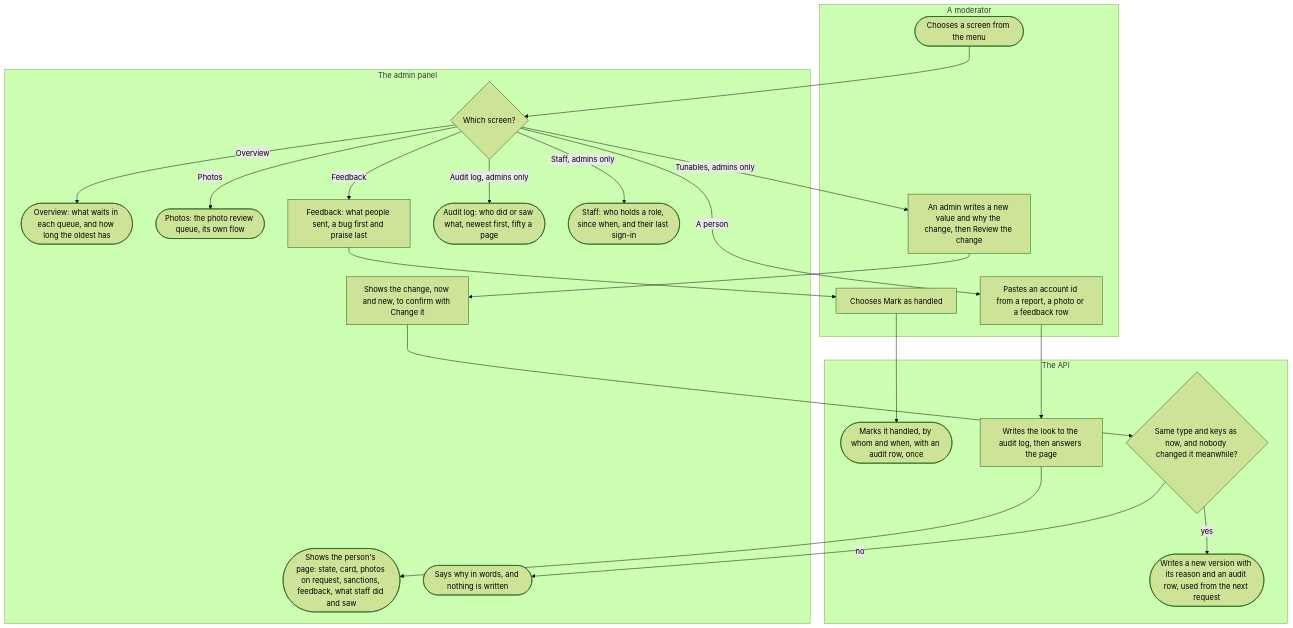
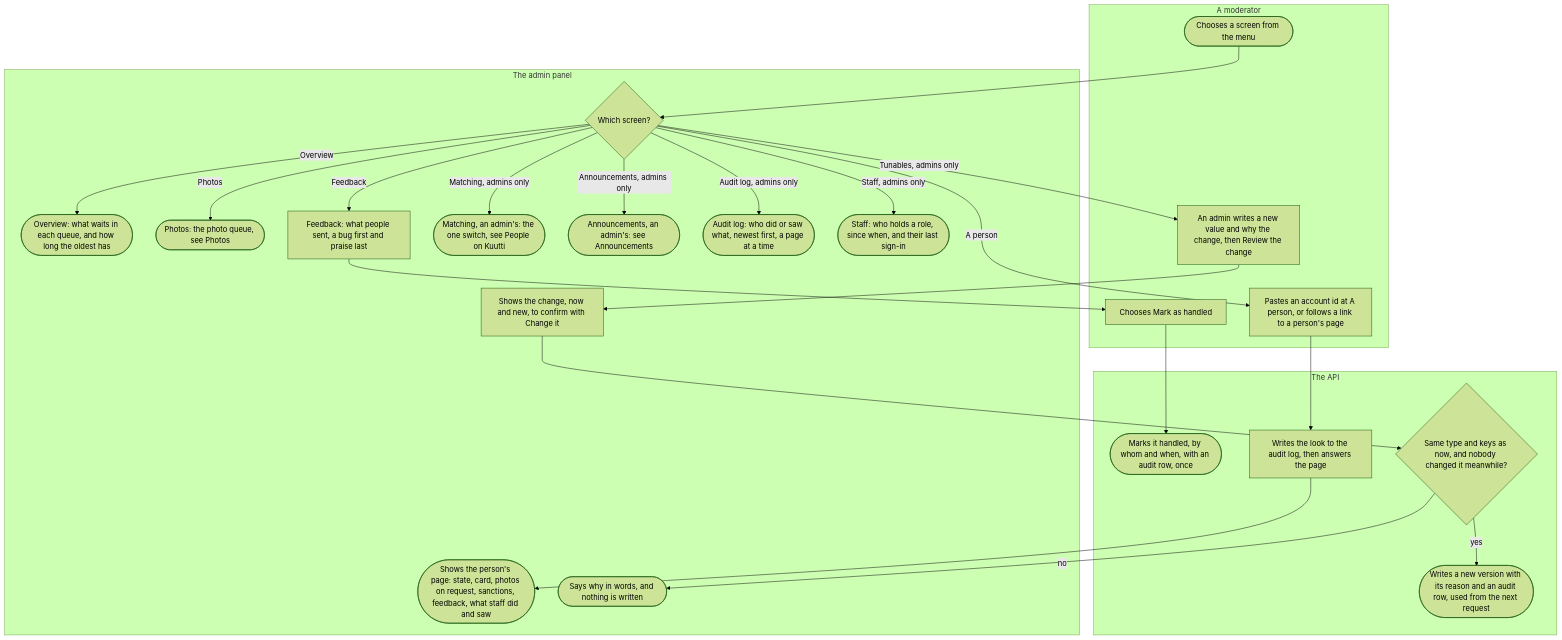
Before and after one commit to kuutti-ry/kuutti-app: the fifth of 5 diagrams in docs/flows/moderation.md, drawn with Mermaid (forest theme). The commit also changed other lines of this file and 41 other files, not shown here.

First line of the commit message:
Redraw the user flows against today's main, held by check:docs

````diff
--- a/docs/flows/moderation.md
+++ b/docs/flows/moderation.md
@@ -313,44 +338,48 @@
 ```mermaid
 flowchart TB
-  accTitle: Moderation, part 5, the panel's other screens
-  accDescr: The front page says what waits in each queue. Feedback from the app is read and marked handled. A person's page is opened by account id only. An admin changes a tunable with a reason, reads the audit log, and reads the staff list. The photo review queue is its own flow.
+  accTitle: Moderation, part 5: the other screens
+  accDescr: The front page says what waits in each queue. Feedback from the app is read and marked handled. A person's page is opened by account id only. An admin opens or closes matching, writes or approves an announcement, changes a tunable with a reason, reads the audit log, and reads the staff list. The photo queue, the Matching switch and the announcements are their own flows.
   subgraph api["The API"]
-    s81(["Marks it handled, by whom and when, with an audit row, once"])
-    s83["Writes the look to the audit log, then answers the page"]
-    s87{"Same type and keys as now, and nobody changed it meanwhile?"}
-    s89(["Writes a new version with its reason and an audit row, used from the next request"])
+    s82(["Marks it handled, by whom and when, with an audit row, once"])
+    s84["Writes the look to the audit log, then answers the page"]
+    s90{"Same type and keys as now, and nobody changed it meanwhile?"}
+    s92(["Writes a new version with its reason and an audit row, used from the next request"])
   end
   subgraph moderator["A moderator"]
-    s75(["Chooses a screen from the menu"])
-    s80["Chooses Mark as handled"]
-    s82["Pastes an account id from a report, a photo or a feedback row"]
-    s85["An admin writes a new value and why the change, then Review the change"]
+    s76(["Chooses a screen from the menu"])
+    s81["Chooses Mark as handled"]
+    s83["Pastes an account id at A person, or follows a link to a person's page"]
+    s88["An admin writes a new value and why the change, then Review the change"]
   end
   subgraph admin["The admin panel"]
-    s76{"Which screen?"}
-    s77(["Overview: what waits in each queue, and how long the oldest has"])
-    s78(["Photos: the photo review queue, its own flow"])
-    s79["Feedback: what people sent, a bug first and praise last"]
-    s84(["Shows the person's page: state, card, photos on request, sanctions, feedback, what staff did and saw"])
-    s86["Shows the change, now and new, to confirm with Change it"]
-    s88(["Says why in words, and nothing is written"])
-    s90(["Audit log: who did or saw what, newest first, fifty a page"])
-    s91(["Staff: who holds a role, since when, and their last sign-in"])
+    s77{"Which screen?"}
+    s78(["Overview: what waits in each queue, and how long the oldest has"])
+    s79(["Photos: the photo queue, see Photos"])
+    s80["Feedback: what people sent, a bug first and praise last"]
+    s85(["Shows the person's page: state, card, photos on request, sanctions, feedback, what staff did and saw"])
+    s86(["Matching, an admin's: the one switch, see People on Kuutti"])
+    s87(["Announcements, an admin's: see Announcements"])
+    s89["Shows the change, now and new, to confirm with Change it"]
+    s91(["Says why in words, and nothing is written"])
+    s93(["Audit log: who did or saw what, newest first, a page at a time"])
+    s94(["Staff: who holds a role, since when, and their last sign-in"])
   end
-  s75 --> s76
-  s76 -->|"Overview"| s77
-  s76 -->|"Photos"| s78
-  s76 -->|"Feedback"| s79
-  s79 --> s80
+  s76 --> s77
+  s77 -->|"Overview"| s78
+  s77 -->|"Photos"| s79
+  s77 -->|"Feedback"| s80
   s80 --> s81
-  s76 -->|"A person"| s82
-  s82 --> s83
+  s81 --> s82
+  s77 -->|"A person"| s83
   s83 --> s84
-  s76 -->|"Tunables, admins only"| s85
-  s85 --> s86
-  s86 --> s87
-  s87 -->|"no"| s88
-  s87 -->|"yes"| s89
-  s76 -->|"Audit log, admins only"| s90
-  s76 -->|"Staff, admins only"| s91
+  s84 --> s85
+  s77 -->|"Matching, admins only"| s86
+  s77 -->|"Announcements, admins only"| s87
+  s77 -->|"Tunables, admins only"| s88
+  s88 --> s89
+  s89 --> s90
+  s90 -->|"no"| s91
+  s90 -->|"yes"| s92
+  s77 -->|"Audit log, admins only"| s93
+  s77 -->|"Staff, admins only"| s94
 ```
````
